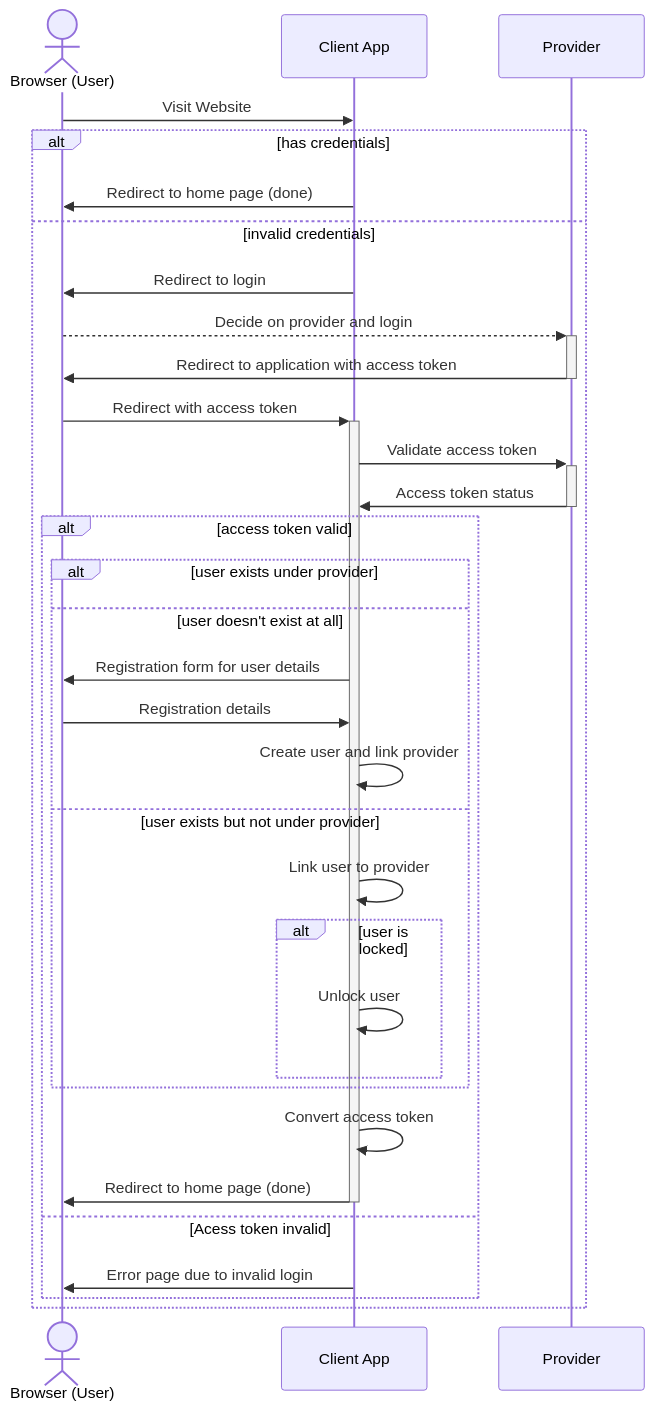
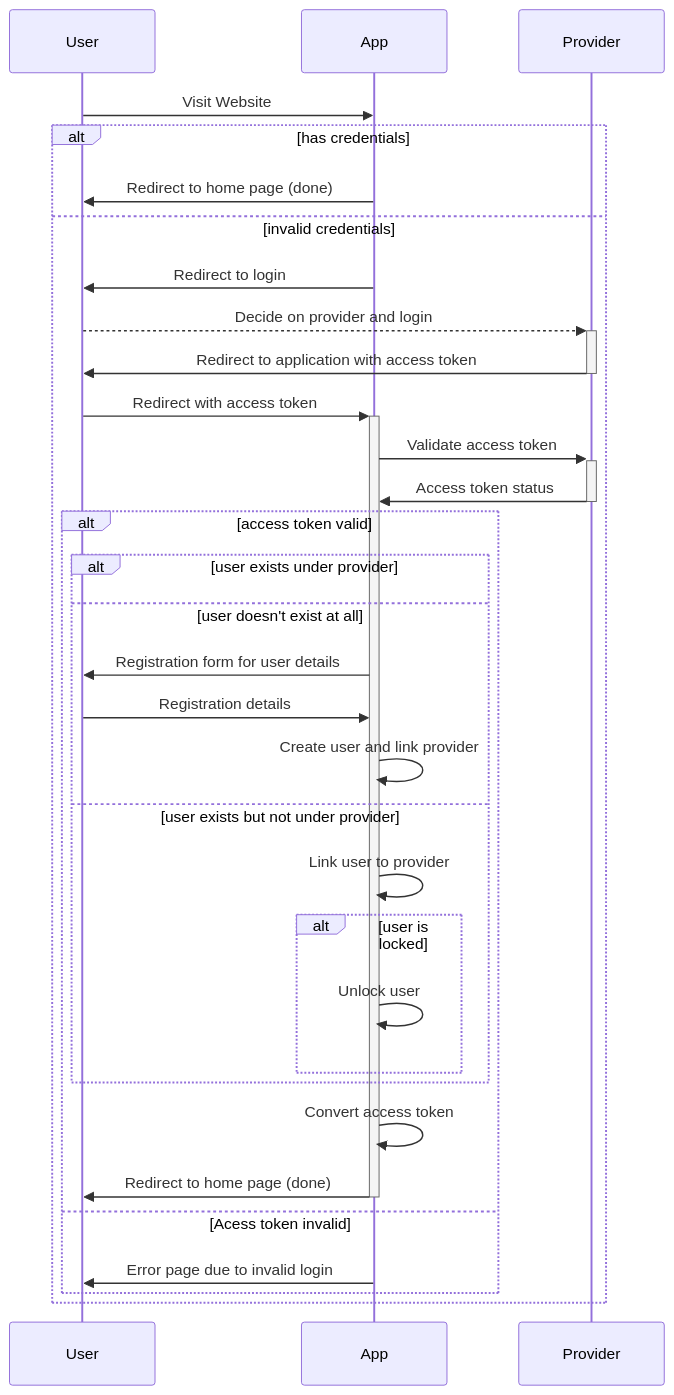
One commit to mikemospan/COMP2511-Tutorial changed the diagram in tute05/README.md. Above: the diagram before and after it, drawn with Mermaid.

````diff
--- a/tute05/README.md
+++ b/tute05/README.md
@@ -32,33 +32,31 @@
 ```mermaid
 sequenceDiagram
-    actor User as Browser (User)
-    participant App as Client App
     User->>App: Visit Website
     alt has credentials
     App->>User: Redirect to home page (done)
     else invalid credentials
     App->>User: Redirect to login
     User-->>+Provider: Decide on provider and login
     Provider->>-User: Redirect to application with access token
     User->>+App: Redirect with access token
     App->>+Provider: Validate access token
     Provider->>-App: Access token status
     alt access token valid
     alt user exists under provider
     else user doesn't exist at all
     App->>User: Registration form for user details
     User->>App: Registration details
     App->>App: Create user and link provider
     else user exists but not under provider
     App->>App: Link user to provider
     alt user is locked
     App->>App: Unlock user
     end
     end
     App->>App: Convert access token
     App->>-User: Redirect to home page (done)
     else Acess token invalid
     App->>User: Error page due to invalid login
     end
     end
 ```
````
